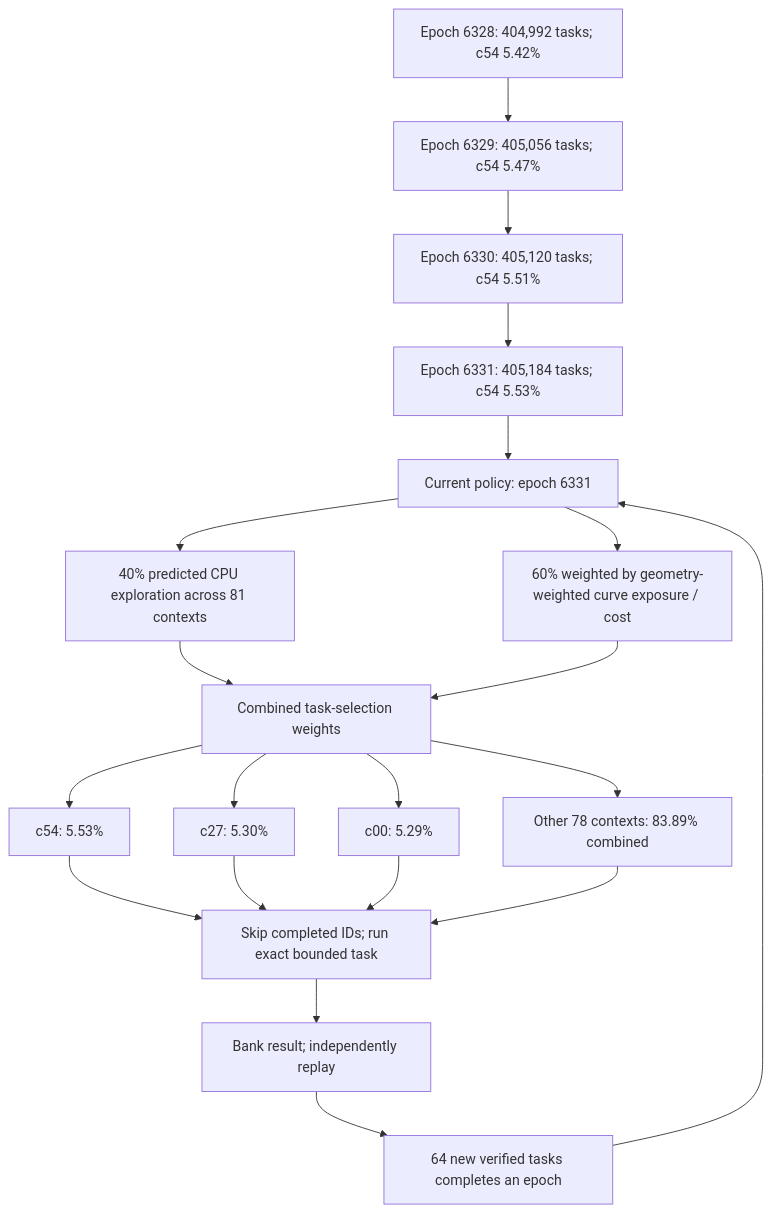
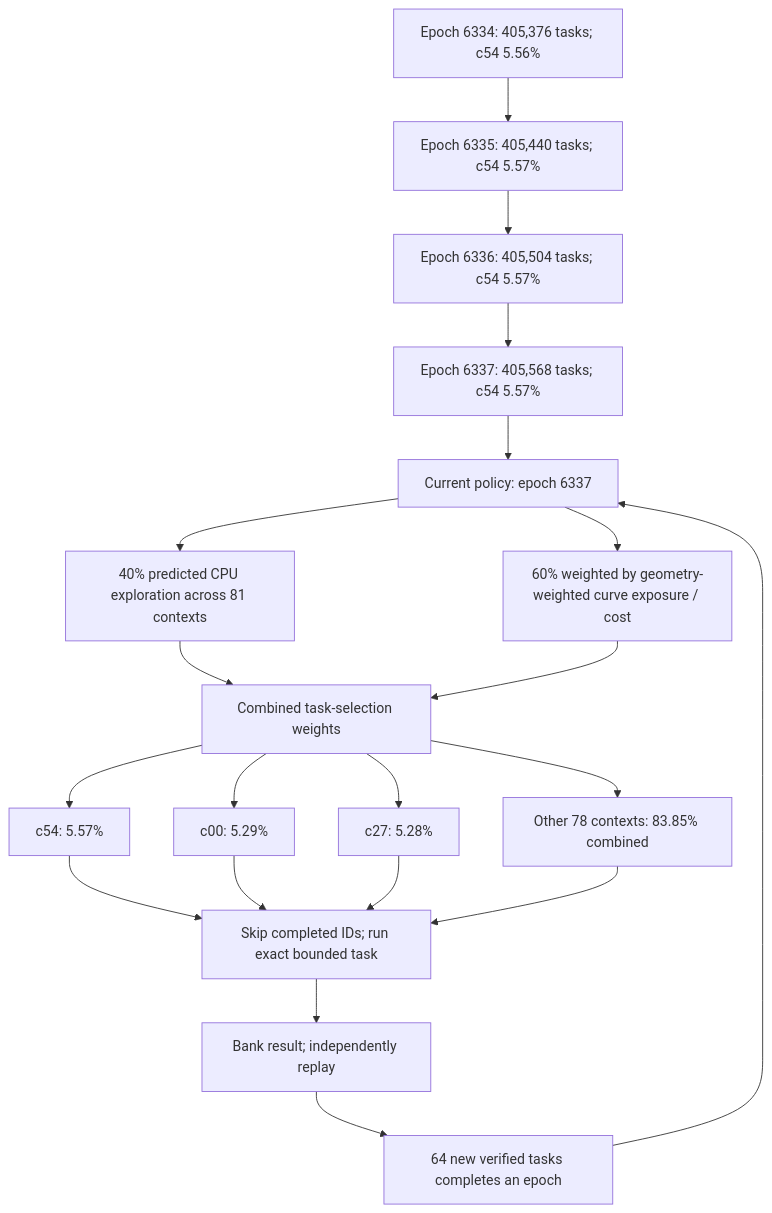
Before and after one commit to Kuberwastaken/math-gambling: the first of 4 diagrams in README.md, drawn with Mermaid. The commit also changed other lines of this file and 1453 other files, not shown here.

````diff
--- a/README.md
+++ b/README.md
@@ -60,27 +60,27 @@
 ```mermaid
 flowchart TD
-    H0["Epoch 6328: 404,992 tasks; c54 5.42%"]
-    H1["Epoch 6329: 405,056 tasks; c54 5.47%"]
+    H0["Epoch 6334: 405,376 tasks; c54 5.56%"]
+    H1["Epoch 6335: 405,440 tasks; c54 5.57%"]
     H0 --> H1
-    H2["Epoch 6330: 405,120 tasks; c54 5.51%"]
+    H2["Epoch 6336: 405,504 tasks; c54 5.57%"]
     H1 --> H2
-    H3["Epoch 6331: 405,184 tasks; c54 5.53%"]
+    H3["Epoch 6337: 405,568 tasks; c54 5.57%"]
     H2 --> H3
-    Policy["Current policy: epoch 6331"]
+    Policy["Current policy: epoch 6337"]
     H3 --> Policy
     Policy --> Explore["40% predicted CPU exploration across 81 contexts"]
     Policy --> Cost["60% weighted by geometry-weighted curve exposure / cost"]
     Explore --> Mix["Combined task-selection weights"]
     Cost --> Mix
-    Mix --> C0["c54: 5.53%"]
-    Mix --> C1["c27: 5.30%"]
-    Mix --> C2["c00: 5.29%"]
-    Mix --> Rest["Other 78 contexts: 83.89% combined"]
+    Mix --> C0["c54: 5.57%"]
+    Mix --> C1["c00: 5.29%"]
+    Mix --> C2["c27: 5.28%"]
+    Mix --> Rest["Other 78 contexts: 83.85% combined"]
     C0 --> Check["Skip completed IDs; run exact bounded task"]
     C1 --> Check
     C2 --> Check
     Rest --> Check
     Check --> Replay["Bank result; independently replay"]
     Replay --> Gate["64 new verified tasks completes an epoch"]
     Gate --> Policy
 ```
````
